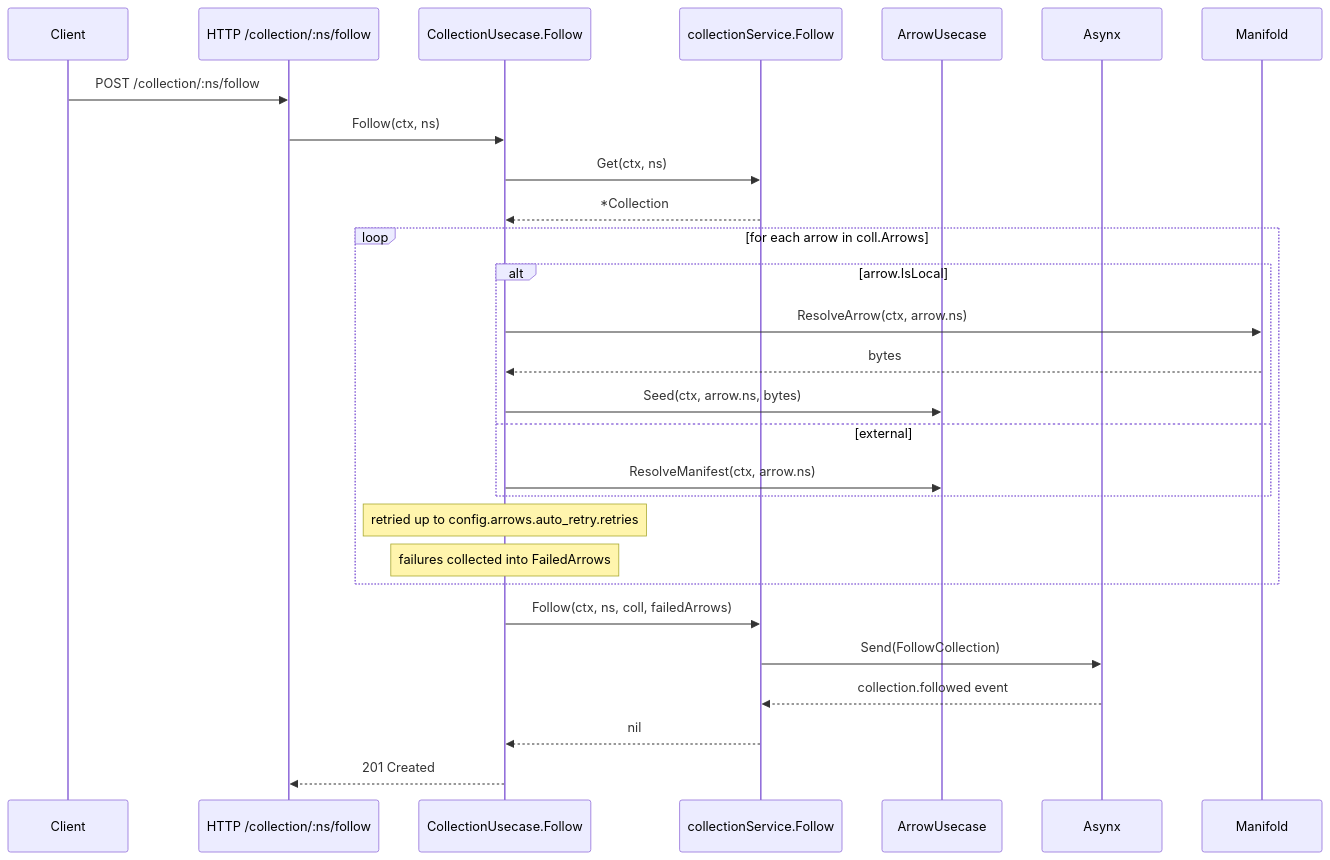
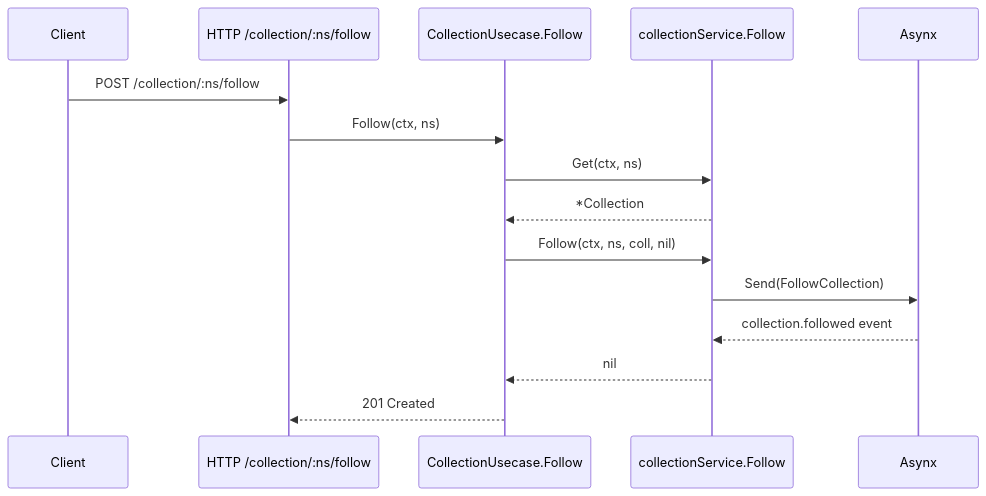
Before and after one commit to rabbytesoftware/quiver.core: the third of 3 diagrams in docs/spec/manifests/v0/collection.md, drawn with Mermaid. The commit also changed other lines of this file and 6 other files, not shown here.

````diff
--- a/docs/spec/manifests/v0/collection.md
+++ b/docs/spec/manifests/v0/collection.md
@@ -255,31 +255,18 @@
 ```mermaid
 sequenceDiagram
     participant Client
     participant API as HTTP /collection/:ns/follow
     participant UC as CollectionUsecase.Follow
     participant Repo as collectionService.Follow
-    participant Arrows as ArrowUsecase
     participant Asynx
-    participant Mfd as Manifold
 
     Client->>API: POST /collection/:ns/follow
     API->>UC: Follow(ctx, ns)
     UC->>Repo: Get(ctx, ns)
     Repo-->>UC: *Collection
-    loop for each arrow in coll.Arrows
-        alt arrow.IsLocal
-            UC->>Mfd: ResolveArrow(ctx, arrow.ns)
-            Mfd-->>UC: bytes
-            UC->>Arrows: Seed(ctx, arrow.ns, bytes)
-        else external
-            UC->>Arrows: ResolveManifest(ctx, arrow.ns)
-        end
-        Note over UC: retried up to config.arrows.auto_retry.retries
-        Note over UC: failures collected into FailedArrows
-    end
-    UC->>Repo: Follow(ctx, ns, coll, failedArrows)
+    UC->>Repo: Follow(ctx, ns, coll, nil)
     Repo->>Asynx: Send(FollowCollection)
     Asynx-->>Repo: collection.followed event
     Repo-->>UC: nil
     UC-->>API: 201 Created
 ```
````
